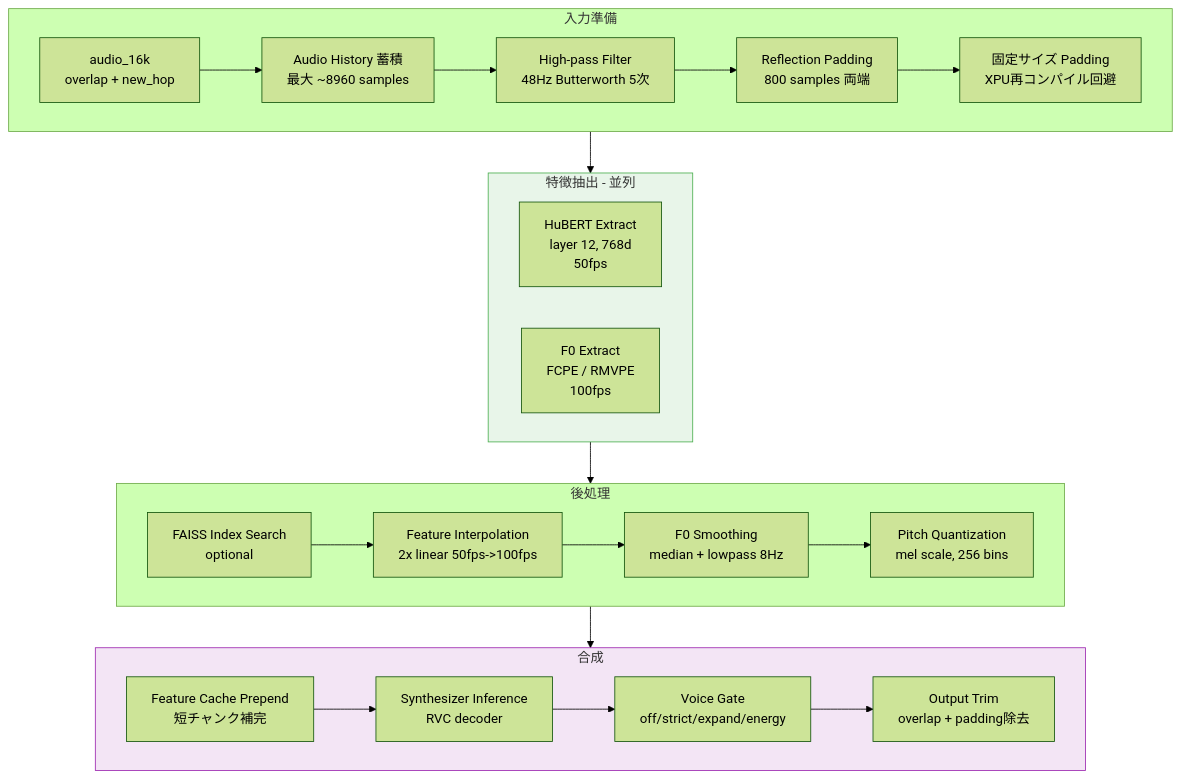
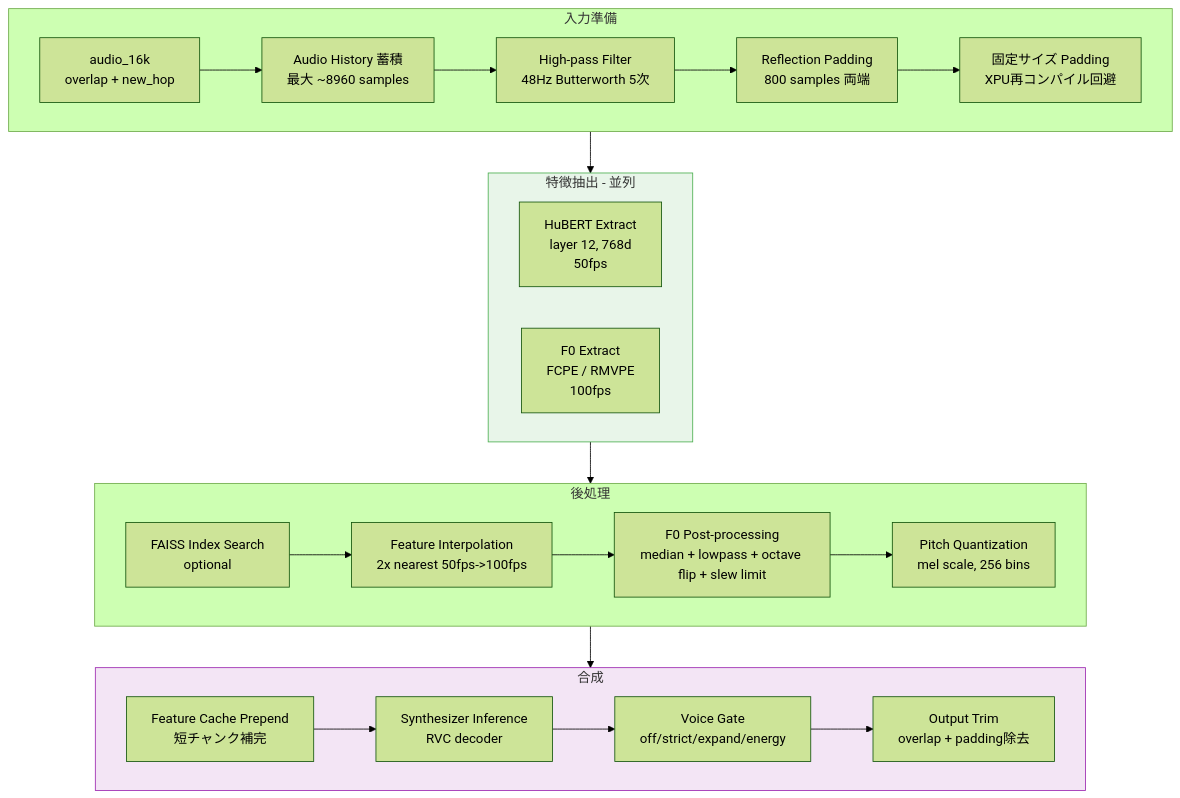
Before and after one commit to kjranyone/RCWX: the third of 17 diagrams in docs/pipeline-comparison-wokada.md, drawn with Mermaid (forest theme). The commit also changed other lines of this file and 8 other files, not shown here.

````diff
--- a/docs/pipeline-comparison-wokada.md
+++ b/docs/pipeline-comparison-wokada.md
@@ -87,34 +87,34 @@
 ```mermaid
 flowchart TB
     subgraph input[入力準備]
         A1[audio_16k<br/>overlap + new_hop] --> A2[Audio History 蓄積<br/>最大 ~8960 samples]
         A2 --> A3[High-pass Filter<br/>48Hz Butterworth 5次]
         A3 --> A4[Reflection Padding<br/>800 samples 両端]
         A4 --> A5[固定サイズ Padding<br/>XPU再コンパイル回避]
     end
 
     subgraph extract[特徴抽出 - 並列]
         direction LR
         B1[HuBERT Extract<br/>layer 12, 768d<br/>50fps]
         B2[F0 Extract<br/>FCPE / RMVPE<br/>100fps]
     end
 
     subgraph process[後処理]
-        C1[FAISS Index Search<br/>optional] --> C2[Feature Interpolation<br/>2x linear 50fps->100fps]
-        C2 --> C3[F0 Smoothing<br/>median + lowpass 8Hz]
+        C1[FAISS Index Search<br/>optional] --> C2[Feature Interpolation<br/>2x nearest 50fps->100fps]
+        C2 --> C3[F0 Post-processing<br/>median + lowpass + octave flip + slew limit]
         C3 --> C4[Pitch Quantization<br/>mel scale, 256 bins]
     end
 
     subgraph synth[合成]
         D1[Feature Cache Prepend<br/>短チャンク補完] --> D2[Synthesizer Inference<br/>RVC decoder]
         D2 --> D3[Voice Gate<br/>off/strict/expand/energy]
         D3 --> D4[Output Trim<br/>overlap + padding除去]
     end
 
     input --> extract
     extract --> process
     process --> synth
 
     style extract fill:#e8f5e9,stroke:#4CAF50
     style synth fill:#f3e5f5,stroke:#9C27B0
 ```
````
